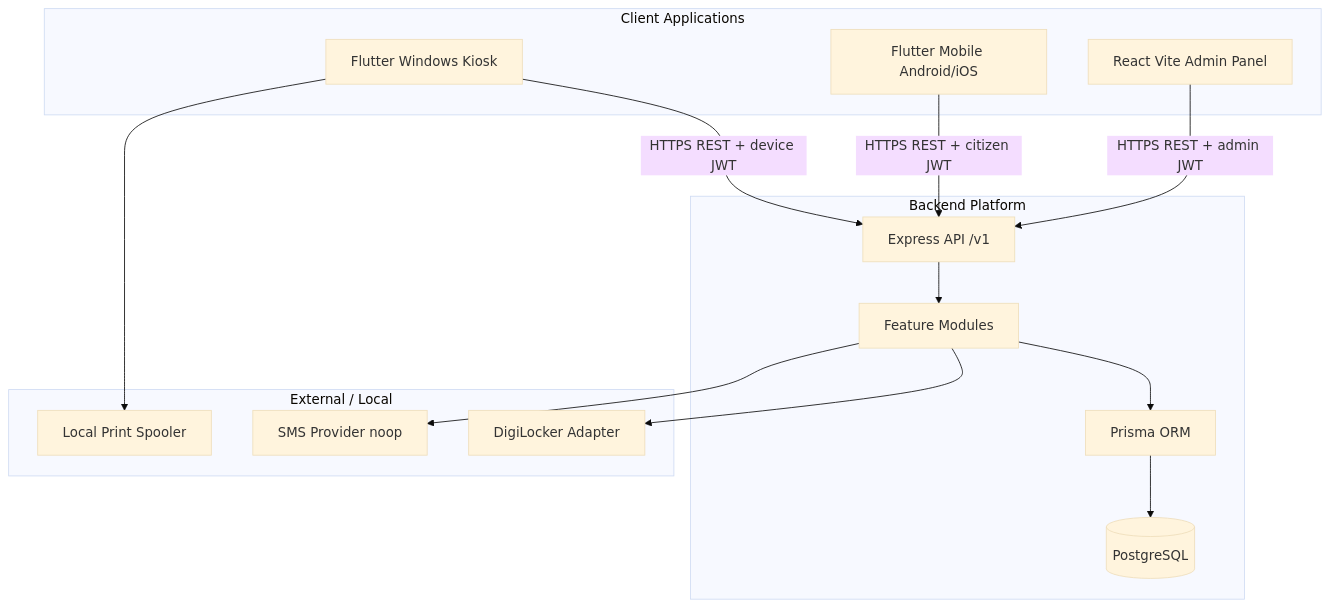
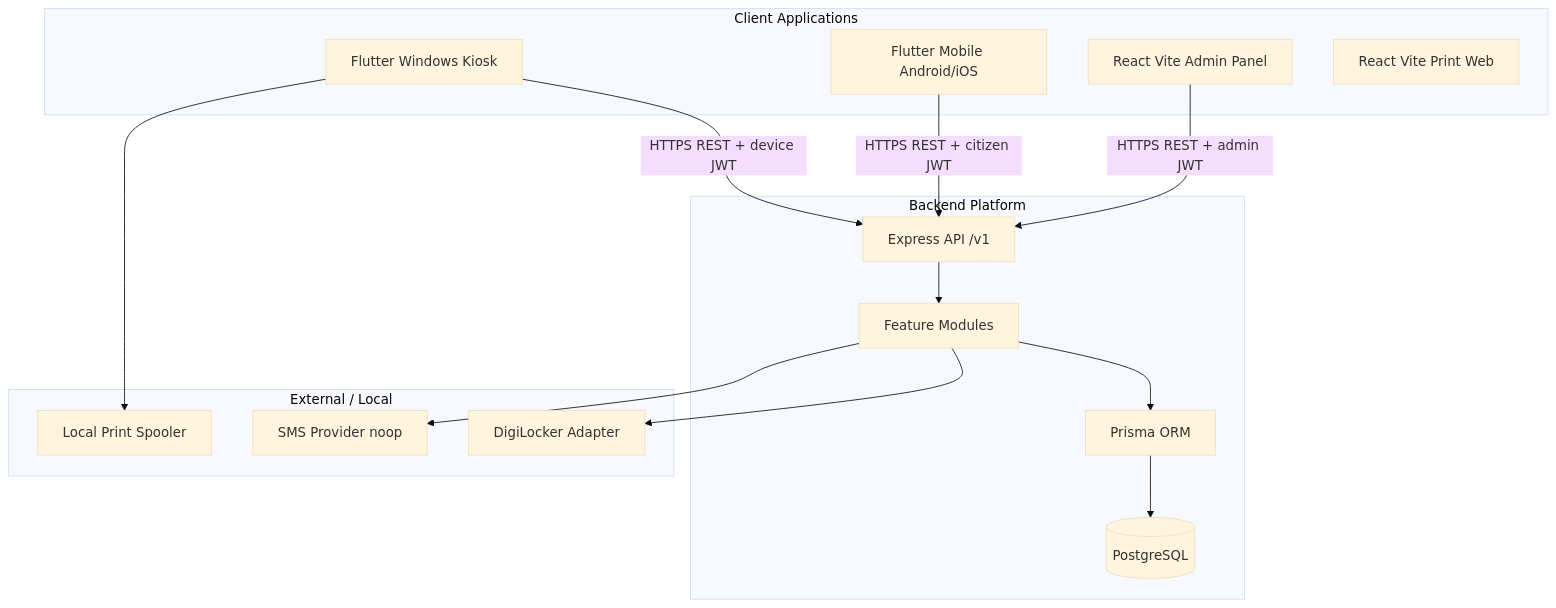
Before and after one commit to sunnychoudhary78/KIOSK_PROJECT_NEW_LATEST: the first of 4 diagrams in README.md, drawn with Mermaid (base theme). The commit also changed other lines of this file and 47 other files, not shown here.

````diff
--- a/README.md
+++ b/README.md
@@ -103,31 +106,32 @@
 ```mermaid
 flowchart TB
   subgraph clients [Client Applications]
     Kiosk["Flutter Windows Kiosk"]
     Mobile["Flutter Mobile Android/iOS"]
     Admin["React Vite Admin Panel"]
+    PrintWeb["React Vite Print Web"]
   end
 
   subgraph backend [Backend Platform]
     API["Express API /v1"]
     Modules["Feature Modules"]
     Prisma["Prisma ORM"]
     PG[(PostgreSQL)]
   end
 
   subgraph external [External / Local]
     DigiLocker["DigiLocker Adapter"]
     PrintHW["Local Print Spooler"]
     Notify["SMS Provider noop"]
   end
 
   Mobile -->|"HTTPS REST + citizen JWT"| API
   Kiosk -->|"HTTPS REST + device JWT"| API
   Admin -->|"HTTPS REST + admin JWT"| API
   API --> Modules
   Modules --> Prisma
   Prisma --> PG
   Modules --> DigiLocker
   Modules --> Notify
   Kiosk --> PrintHW
 ```
````
